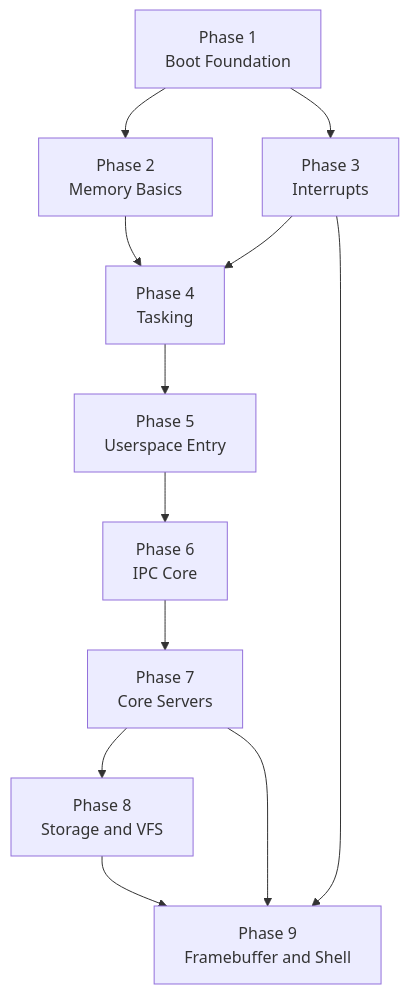
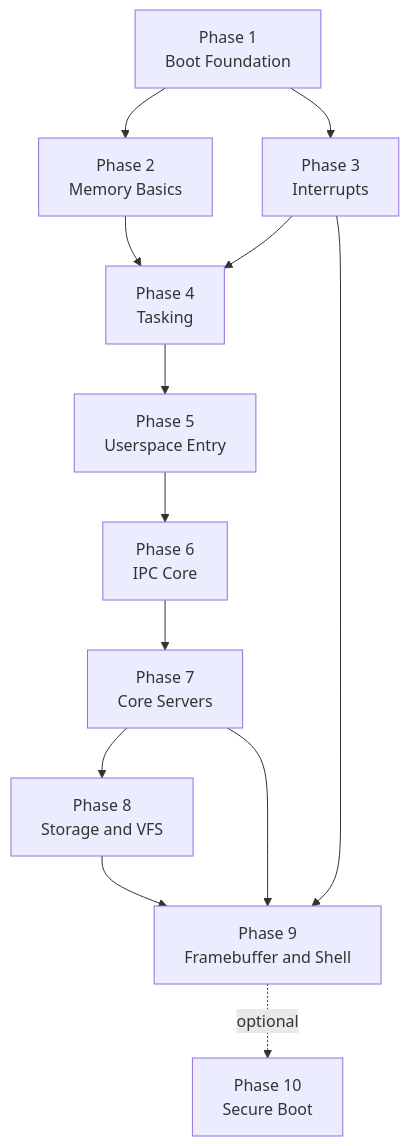
The first of 2 diagrams in docs/roadmap/README.md (mikecubed/m3OS), drawn with Mermaid before and after one commit. The commit also changed other lines of this file and 13 other files, not shown here.

````diff
--- a/docs/roadmap/README.md
+++ b/docs/roadmap/README.md
@@ -27,24 +27,25 @@
 ```mermaid
 flowchart TD
     P1["Phase 1<br/>Boot Foundation"]
     P2["Phase 2<br/>Memory Basics"]
     P3["Phase 3<br/>Interrupts"]
     P4["Phase 4<br/>Tasking"]
     P5["Phase 5<br/>Userspace Entry"]
     P6["Phase 6<br/>IPC Core"]
     P7["Phase 7<br/>Core Servers"]
     P8["Phase 8<br/>Storage and VFS"]
     P9["Phase 9<br/>Framebuffer and Shell"]
 
     P1 --> P2
     P1 --> P3
     P2 --> P4
     P3 --> P4
     P4 --> P5
     P5 --> P6
     P6 --> P7
     P7 --> P8
     P7 --> P9
     P3 --> P9
     P8 --> P9
+    P9 -.->|optional| P10["Phase 10<br/>Secure Boot"]
 ```
````
